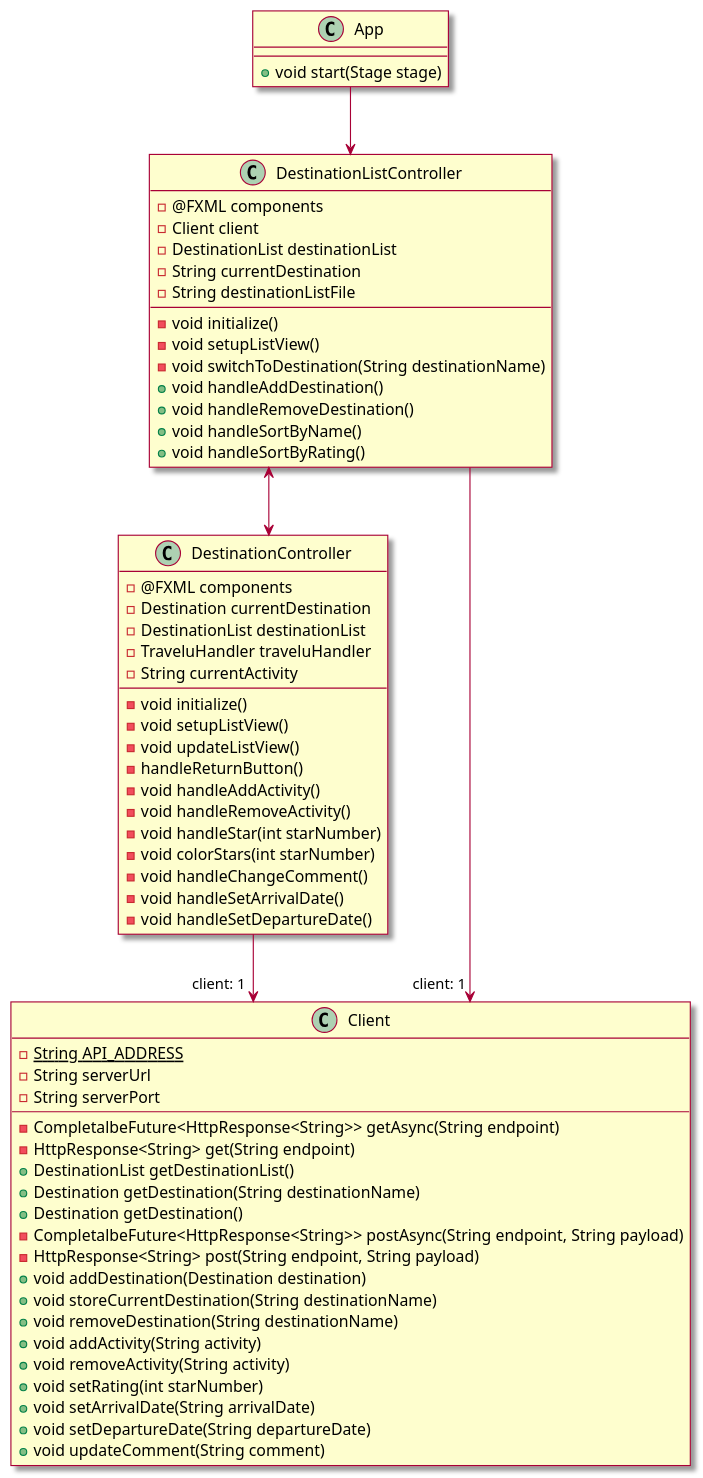
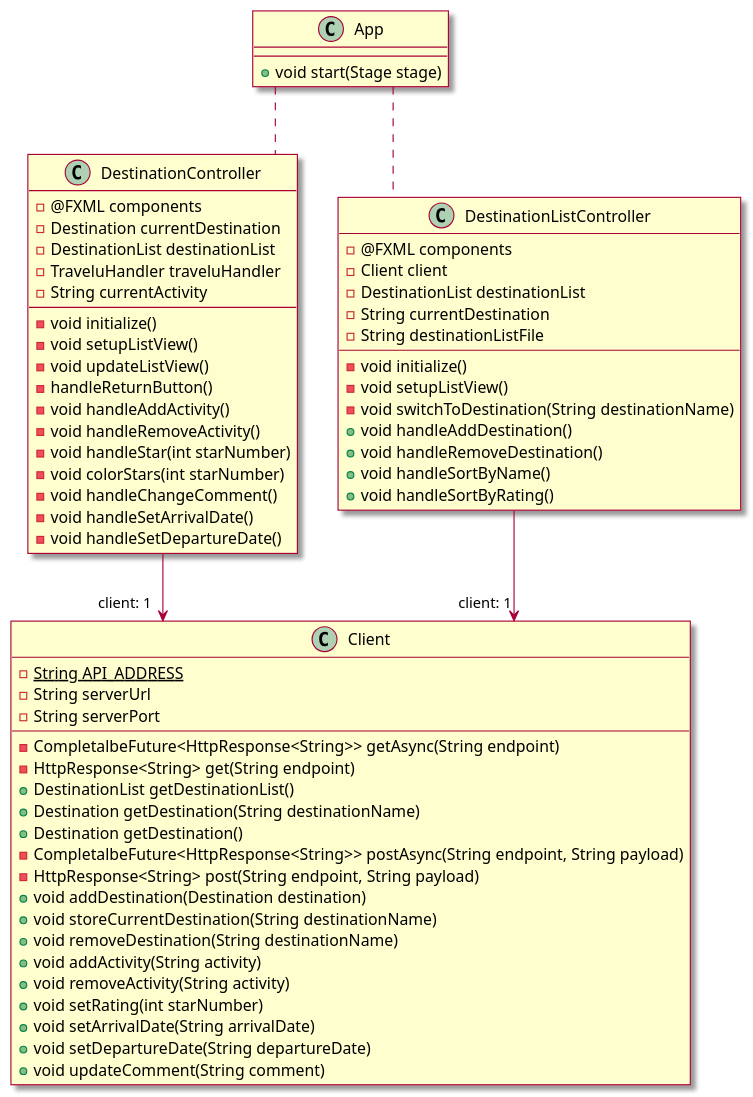
One commit to tbwiik/Travelu changed the diagram in docs/classDiagramFxui.puml. Above: the diagram before and after it, drawn with PlantUML. The commit also changed 4 other files, not shown here.

```diff
--- a/docs/classDiagramFxui.puml
+++ b/docs/classDiagramFxui.puml
@@ -1,71 +1,71 @@
 @startuml cdFxui
 skin rose
 skinparam linetype ortho
 
 class App {
     + void start(Stage stage)
 }
 
 class DestinationController {
     - @FXML components
     - Destination currentDestination
     - DestinationList destinationList
     - TraveluHandler traveluHandler
     - String currentActivity
 
     - void initialize()
     - void setupListView()
     - void updateListView()
     - handleReturnButton()
     - void handleAddActivity()
     - void handleRemoveActivity()
     - void handleStar(int starNumber)
     - void colorStars(int starNumber)
     - void handleChangeComment()
     - void handleSetArrivalDate()
     - void handleSetDepartureDate()
-} 
+}
 
 class DestinationListController {
     - @FXML components
     - Client client
     - DestinationList destinationList
     - String currentDestination
     - String destinationListFile
-    
+
     - void initialize()
     - void setupListView()
     - void switchToDestination(String destinationName)
     + void handleAddDestination()
     + void handleRemoveDestination()
     + void handleSortByName()
     + void handleSortByRating()
 }
 
 class Client {
     - {static} String API_ADDRESS
     - String serverUrl
     - String serverPort
     - CompletalbeFuture<HttpResponse<String>> getAsync(String endpoint)
     - HttpResponse<String> get(String endpoint)
     + DestinationList getDestinationList()
     + Destination getDestination(String destinationName)
     + Destination getDestination()
     - CompletalbeFuture<HttpResponse<String>> postAsync(String endpoint, String payload)
     - HttpResponse<String> post(String endpoint, String payload)
     + void addDestination(Destination destination)
     + void storeCurrentDestination(String destinationName)
     + void removeDestination(String destinationName)
     + void addActivity(String activity)
     + void removeActivity(String activity)
     + void setRating(int starNumber)
     + void setArrivalDate(String arrivalDate)
     + void setDepartureDate(String departureDate)
     + void updateComment(String comment)
 }
 
-App --> DestinationListController
-DestinationListController <--> DestinationController
+App .. DestinationController
+App .. DestinationListController
 DestinationListController --> "client: 1  " Client
 DestinationController --> "client: 1 " Client
 @enduml
```
